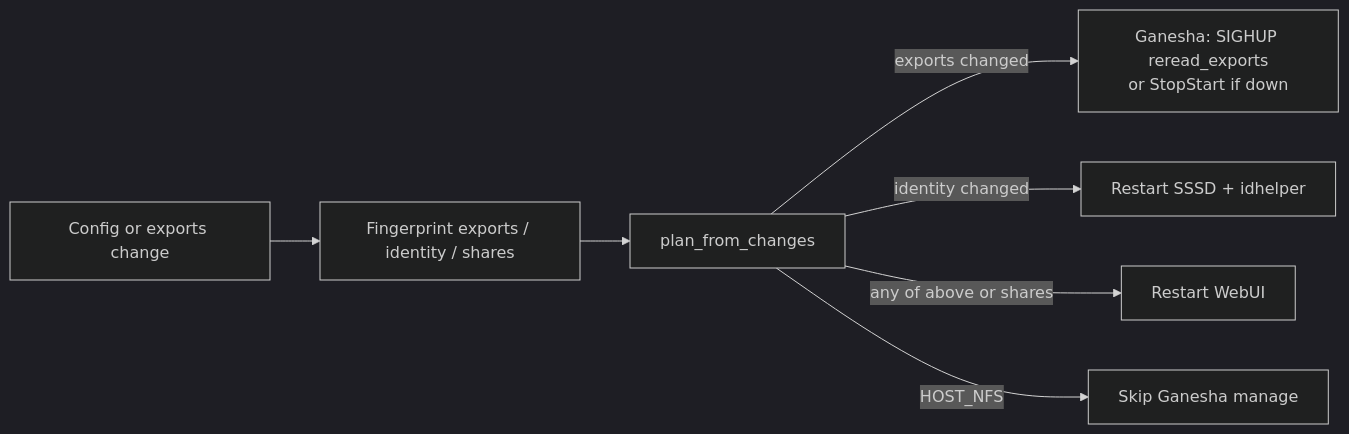
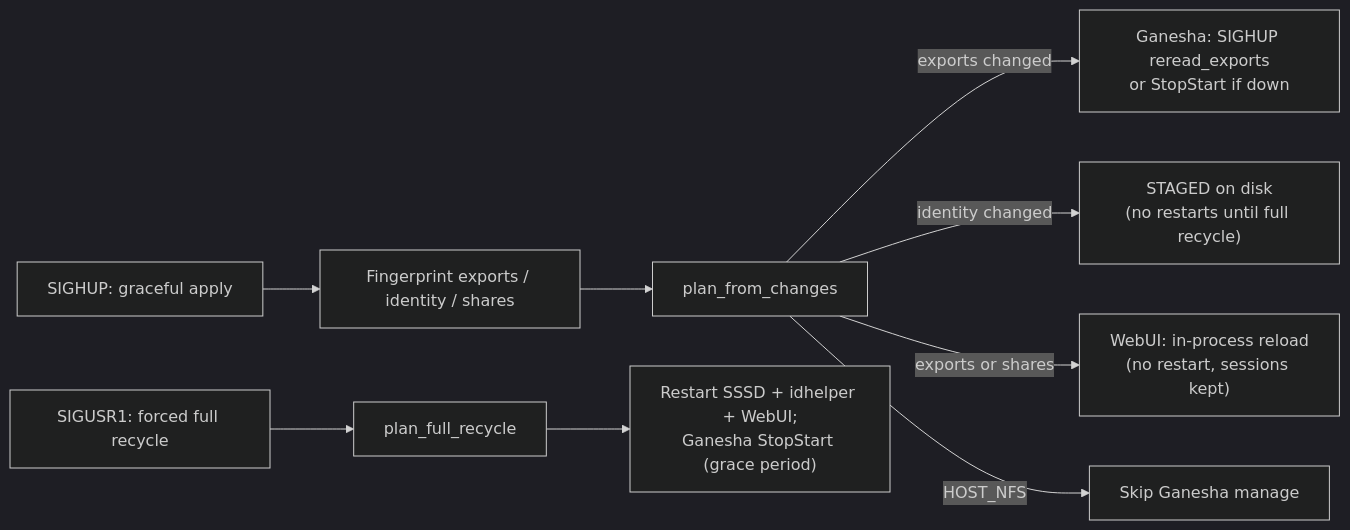
The second of 2 diagrams in README.md (Aelieth/nfs-klldap-host), drawn with Mermaid (dark theme) before and after one commit. The commit also changed other lines of this file and 40 other files, not shown here.

Commit message:
feature, settings - apply pane removed, admin pane added to settings section with extended options for password, timeout, and full apply and restart

````diff
--- a/README.md
+++ b/README.md
@@ -64,9 +67,11 @@
 ```mermaid
 flowchart LR
-  change["Config or exports change"] --> fp["Fingerprint exports / identity / shares"]
+  hup["SIGHUP: graceful apply"] --> fp["Fingerprint exports / identity / shares"]
   fp --> plan["plan_from_changes"]
   plan -->|exports changed| g["Ganesha: SIGHUP reread_exports\nor StopStart if down"]
-  plan -->|identity changed| id["Restart SSSD + idhelper"]
-  plan -->|any of above or shares| w["Restart WebUI"]
+  plan -->|identity changed| id["STAGED on disk\n(no restarts until full recycle)"]
+  plan -->|exports or shares| w["WebUI: in-process reload\n(no restart, sessions kept)"]
   plan -->|HOST_NFS| skip["Skip Ganesha manage"]
+  usr1["SIGUSR1: forced full recycle"] --> full["plan_full_recycle"]
+  full --> all["Restart SSSD + idhelper + WebUI;\nGanesha StopStart (grace period)"]
 ```
````
